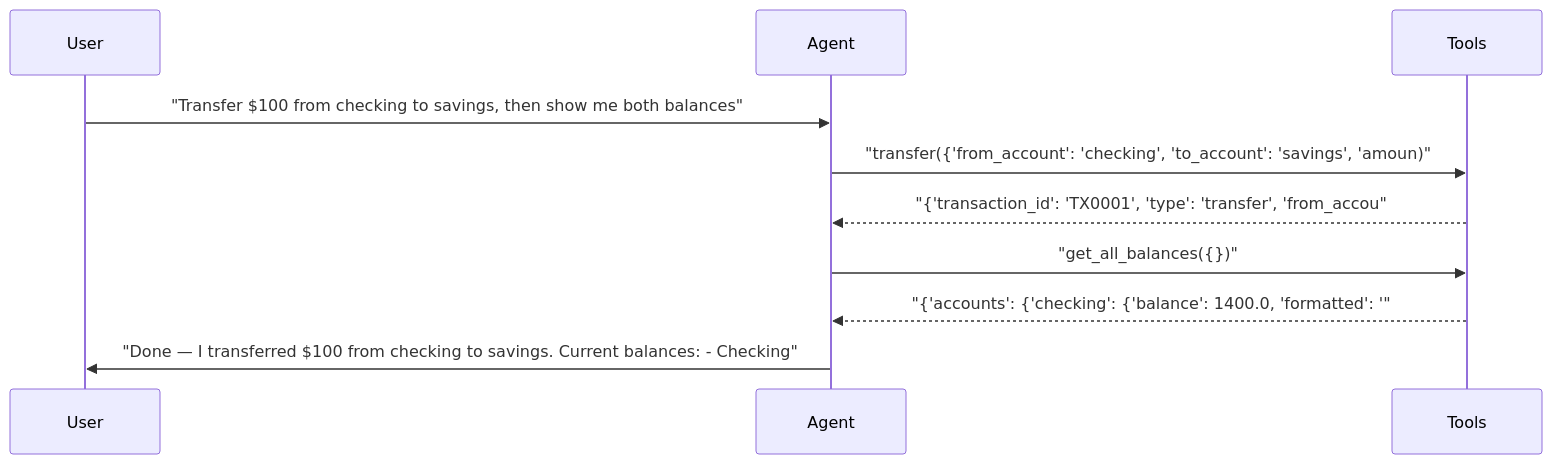
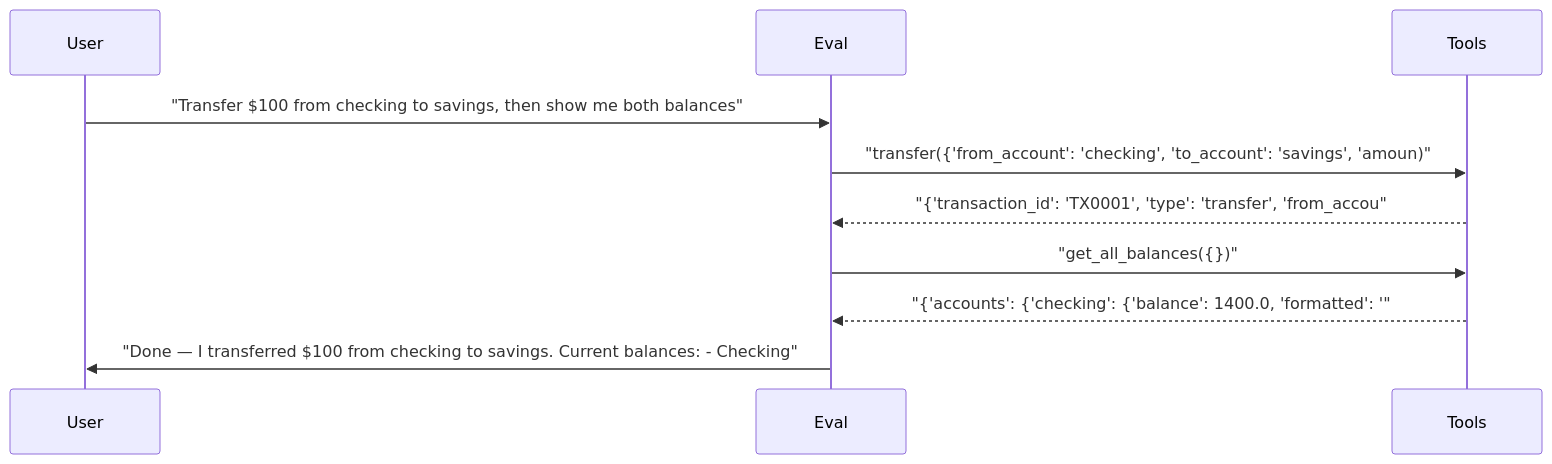
The third of 4 diagrams in docs/reports/09_ab_servers.md (sbroenne/pytest-skill-engineering), drawn with Mermaid before and after one commit. The commit also changed other lines of this file and 155 other files, not shown here.

````diff
--- a/docs/reports/09_ab_servers.md
+++ b/docs/reports/09_ab_servers.md
@@ -207,13 +207,13 @@
 ```mermaid
 sequenceDiagram
     participant User
-    participant Agent
+    participant Eval
     participant Tools
 
-    User->>Agent: "Transfer $100 from checking to savings, then show me both balances"
-    Agent->>Tools: "transfer({'from_account': 'checking', 'to_account': 'savings', 'amoun)"
-    Tools-->>Agent: "{'transaction_id': 'TX0001', 'type': 'transfer', 'from_accou"
-    Agent->>Tools: "get_all_balances({})"
-    Tools-->>Agent: "{'accounts': {'checking': {'balance': 1400.0, 'formatted': '"
-    Agent->>User: "Done — I transferred $100 from checking to savings. Current balances: - Checking"
+    User->>Eval: "Transfer $100 from checking to savings, then show me both balances"
+    Eval->>Tools: "transfer({'from_account': 'checking', 'to_account': 'savings', 'amoun)"
+    Tools-->>Eval: "{'transaction_id': 'TX0001', 'type': 'transfer', 'from_accou"
+    Eval->>Tools: "get_all_balances({})"
+    Tools-->>Eval: "{'accounts': {'checking': {'balance': 1400.0, 'formatted': '"
+    Eval->>User: "Done — I transferred $100 from checking to savings. Current balances: - Checking"
 ```
````
